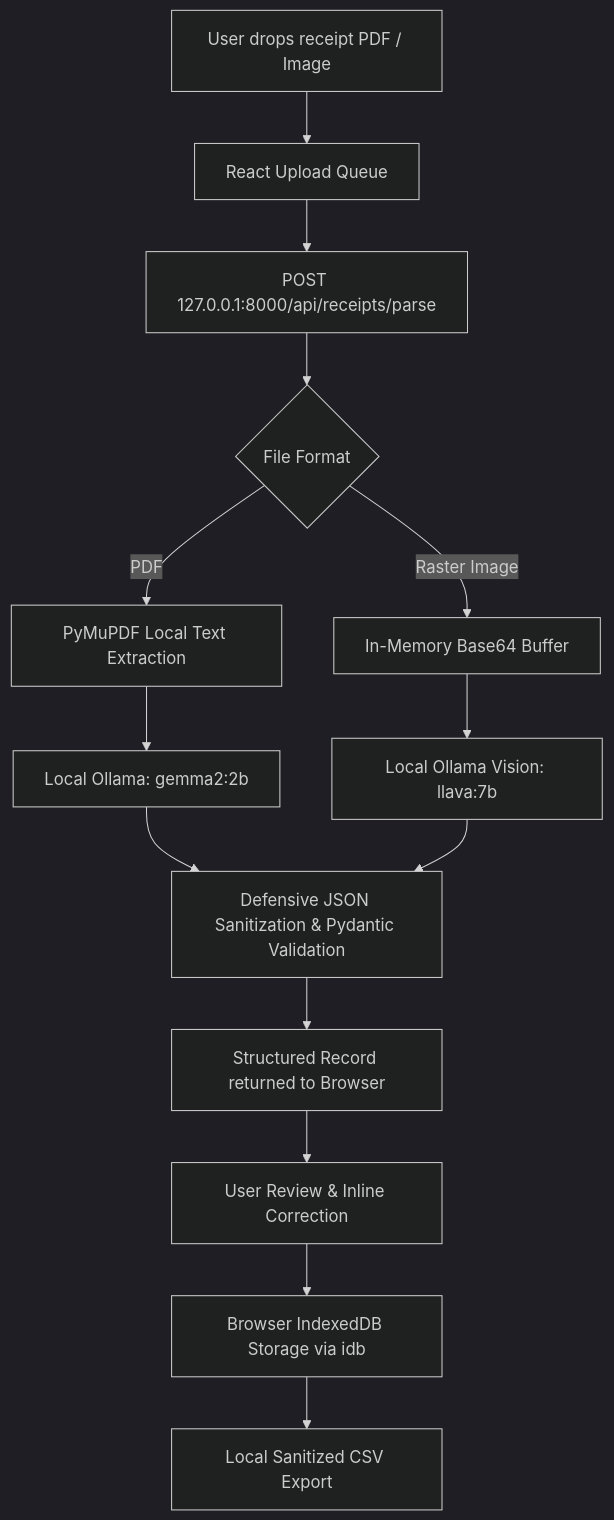
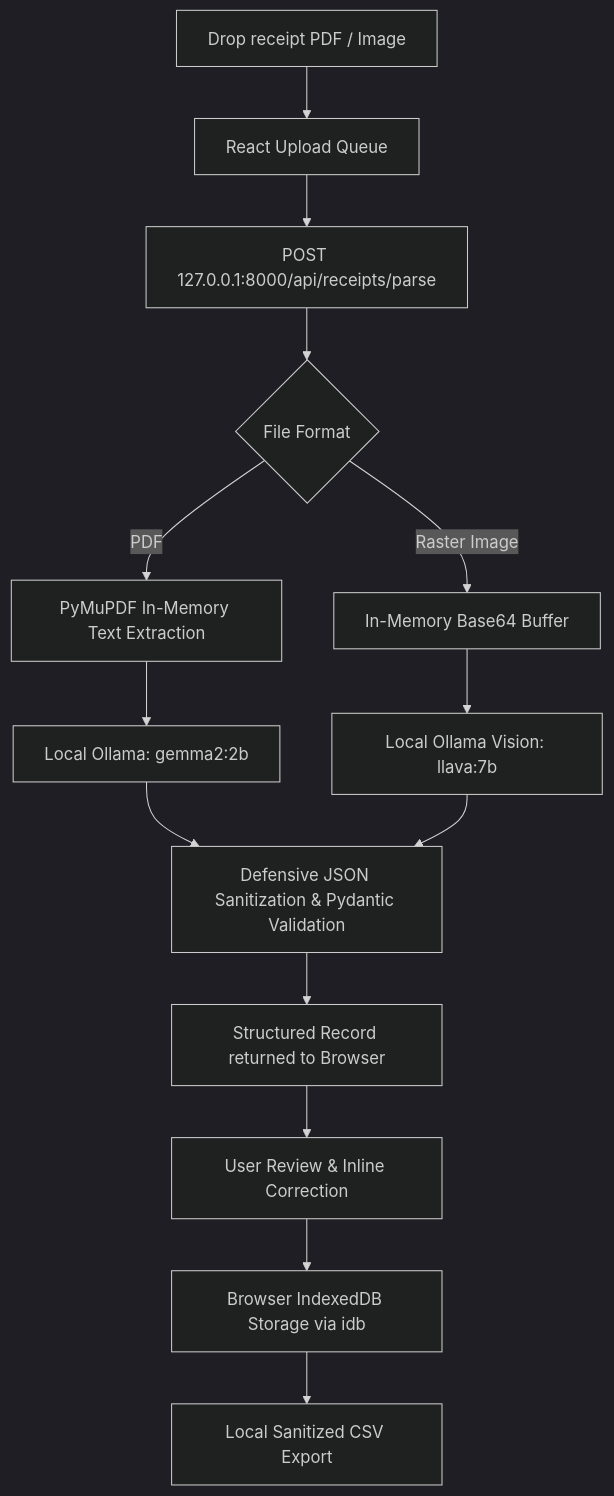
The diagram in DEV_POST.md (Babin123456/ReceiptFlow_AI), drawn with Mermaid (dark theme) before and after one commit. The commit also changed other lines of this file, not shown here.

````diff
--- a/DEV_POST.md
+++ b/DEV_POST.md
@@ -35,16 +35,16 @@
 ```mermaid
 flowchart TD
-    A[User drops receipt PDF / Image] --> B[React Upload Queue]
+    A[Drop receipt PDF / Image] --> B[React Upload Queue]
     B --> C[POST 127.0.0.1:8000/api/receipts/parse]
     C --> D{File Format}
-    D -->|PDF| E[PyMuPDF Local Text Extraction]
+    D -->|PDF| E[PyMuPDF In-Memory Text Extraction]
     D -->|Raster Image| F[In-Memory Base64 Buffer]
     E --> G[Local Ollama: gemma2:2b]
     F --> H[Local Ollama Vision: llava:7b]
     G --> I[Defensive JSON Sanitization & Pydantic Validation]
     H --> I
     I --> J[Structured Record returned to Browser]
     J --> K[User Review & Inline Correction]
     K --> L[Browser IndexedDB Storage via idb]
     L --> M[Local Sanitized CSV Export]
 ```
````
